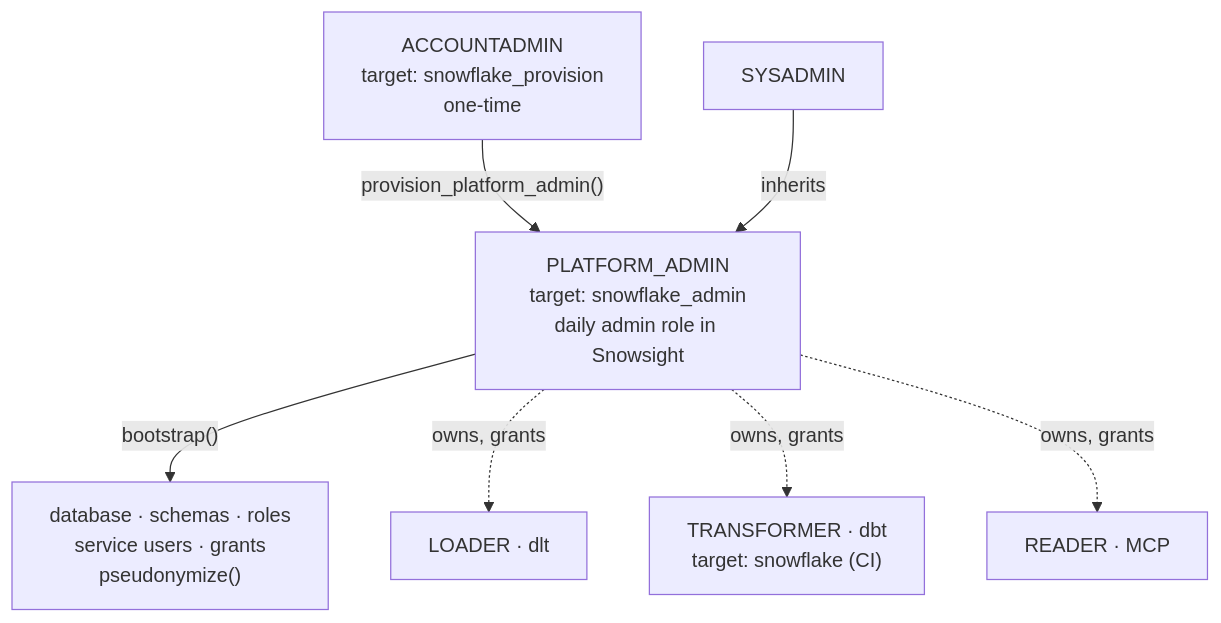
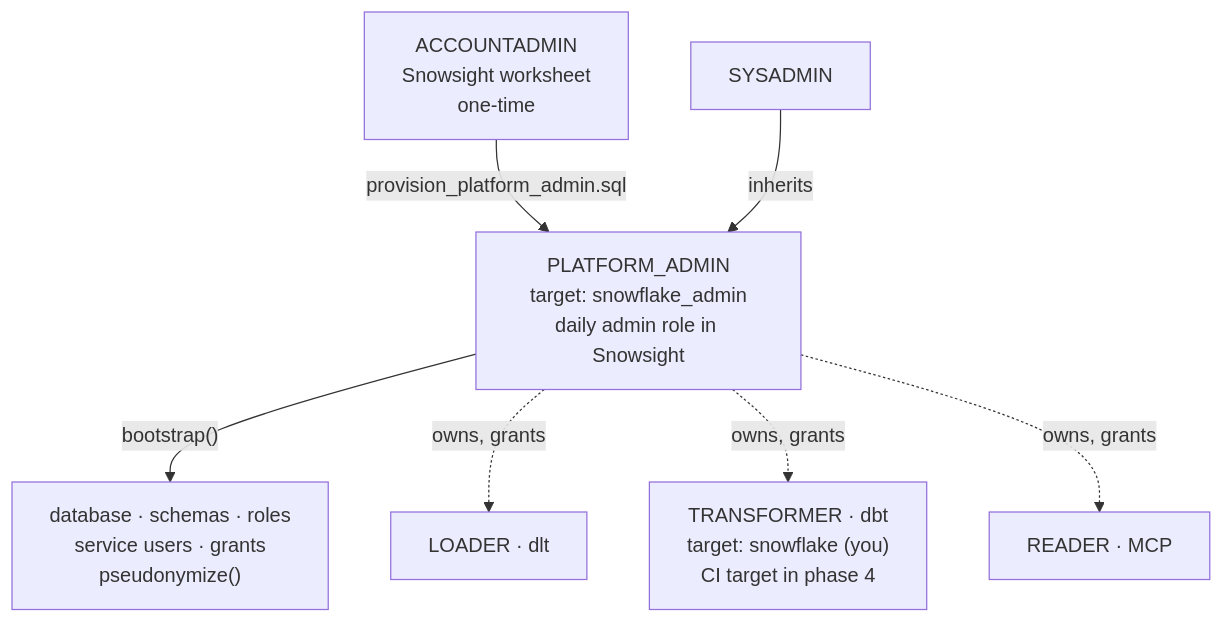
The second of 3 diagrams in docs/design/02a-governance-rbac.md (John-Miller12/portfolio-dual-target-dbt), drawn with Mermaid before and after one commit. The commit also changed other lines of this file and 1 other file, not shown here.

First line of the commit message:
Design 02A rev 7, 03 rev 11: browser sign-in, provisioning in Snowsight

````diff
--- a/docs/design/02a-governance-rbac.md
+++ b/docs/design/02a-governance-rbac.md
@@ -98,9 +98,9 @@
 ```mermaid
 flowchart TD
-  AA["ACCOUNTADMIN<br/>target: snowflake_provision<br/>one-time"] -->|"provision_platform_admin()"| PA
+  AA["ACCOUNTADMIN<br/>Snowsight worksheet<br/>one-time"] -->|"provision_platform_admin.sql"| PA
   PA["PLATFORM_ADMIN<br/>target: snowflake_admin<br/>daily admin role in Snowsight"] -->|"bootstrap()"| OBJ["database · schemas · roles<br/>service users · grants<br/>pseudonymize()"]
   PA -.->|"owns, grants"| L["LOADER · dlt"]
-  PA -.->|"owns, grants"| T["TRANSFORMER · dbt<br/>target: snowflake (CI)"]
+  PA -.->|"owns, grants"| T["TRANSFORMER · dbt<br/>target: snowflake (you)<br/>CI target in phase 4"]
   PA -.->|"owns, grants"| RD["READER · MCP"]
   SYS["SYSADMIN"] -->|"inherits"| PA
 ```
````
